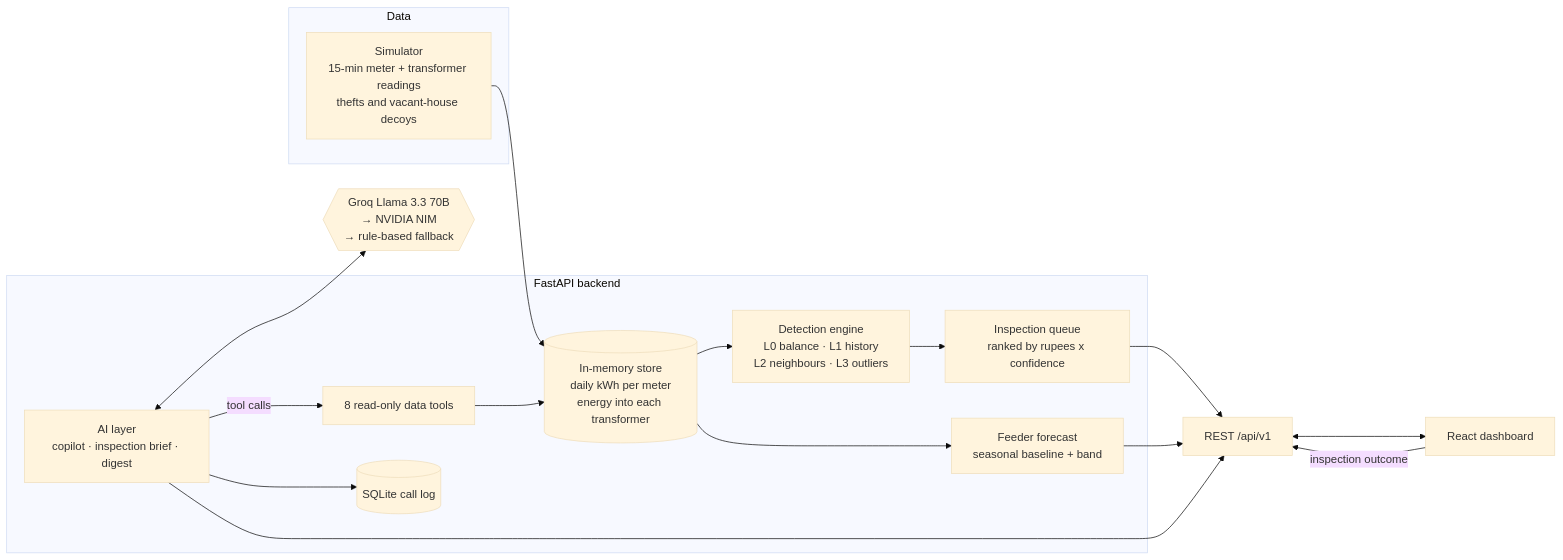
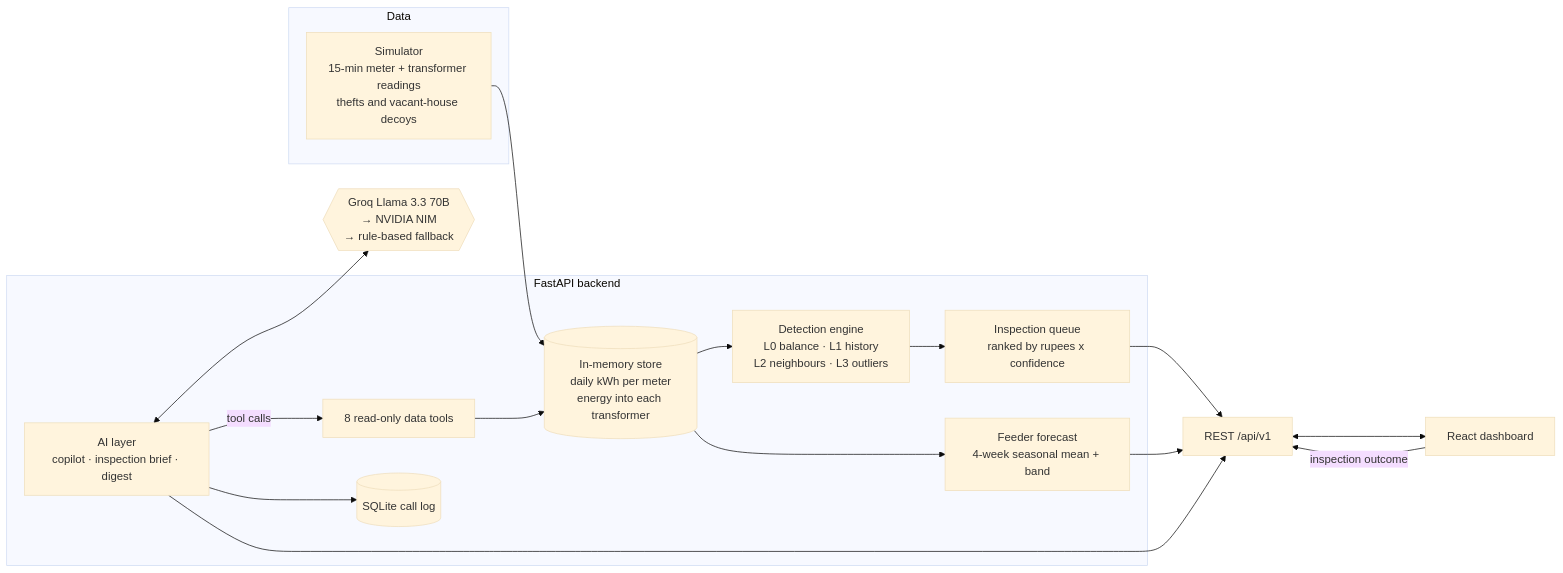
Before and after one commit to Asha0509/VidyutDrishti: the first of 5 diagrams in README.md, drawn with Mermaid (base theme). The commit also changed other lines of this file and 6 other files, not shown here.

Commit message:
Replace feeder forecast with benchmarked 4-week seasonal mean

````diff
--- a/README.md
+++ b/README.md
@@ -75,27 +75,27 @@
 ```mermaid
 flowchart LR
     subgraph Data
         SIM["Simulator<br/>15-min meter + transformer readings<br/>thefts and vacant-house decoys"]
     end
     subgraph Backend["FastAPI backend"]
         STORE[("In-memory store<br/>daily kWh per meter<br/>energy into each transformer")]
         DET["Detection engine<br/>L0 balance · L1 history<br/>L2 neighbours · L3 outliers"]
         Q["Inspection queue<br/>ranked by rupees x confidence"]
-        FC["Feeder forecast<br/>seasonal baseline + band"]
+        FC["Feeder forecast<br/>4-week seasonal mean + band"]
         AI["AI layer<br/>copilot · inspection brief · digest"]
         TOOLS["8 read-only data tools"]
         OBS[("SQLite call log")]
     end
     LLM{{"Groq Llama 3.3 70B<br/>→ NVIDIA NIM<br/>→ rule-based fallback"}}
     UI["React dashboard"]
 
     SIM --> STORE
     STORE --> DET --> Q
     STORE --> FC
     AI -- "tool calls" --> TOOLS --> STORE
     AI <--> LLM
     AI --> OBS
     Q & FC & AI --> API["REST /api/v1"]
     API <--> UI
     UI -- "inspection outcome" --> API
 ```
````
